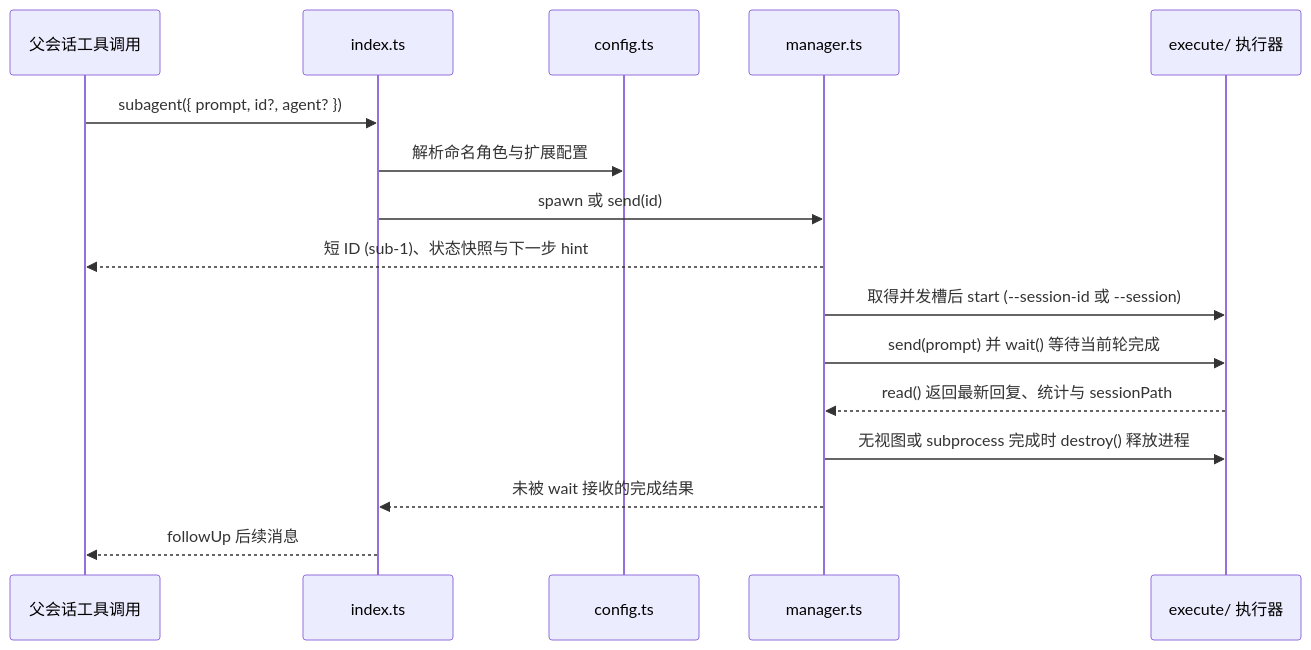
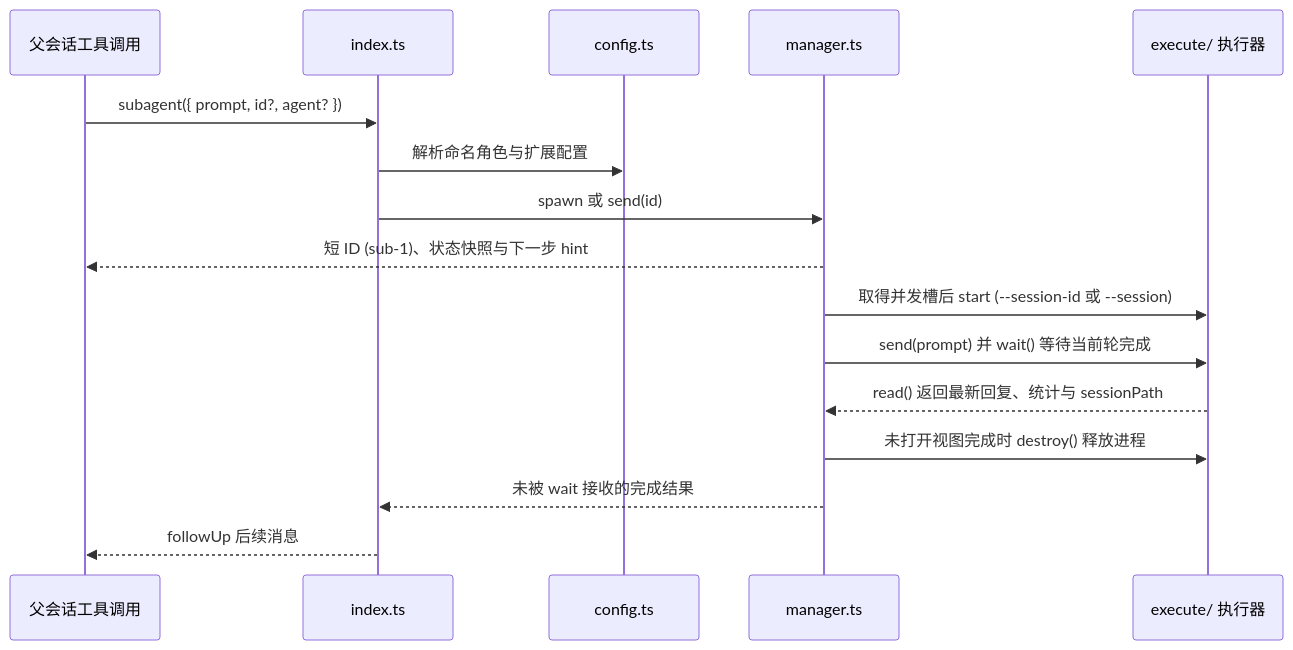
Before and after one commit to aqua2k1/pi-kits: the second of 2 diagrams in extensions/pi-subagent/docs/architecture.md, drawn with Mermaid. The commit also changed other lines of this file and 2 other files, not shown here.

Commit message:
fix(pi-subagent): release idle workers unless a view is open or opening

````diff
--- a/extensions/pi-subagent/docs/architecture.md
+++ b/extensions/pi-subagent/docs/architecture.md
@@ -37,18 +37,18 @@
 ```mermaid
 sequenceDiagram
   participant Parent as 父会话工具调用
   participant Entry as index.ts
   participant Config as config.ts
   participant Manager as manager.ts
   participant Exec as execute/ 执行器
   Parent->>Entry: subagent({ prompt, id?, agent? })
   Entry->>Config: 解析命名角色与扩展配置
   Entry->>Manager: spawn 或 send(id)
   Manager-->>Parent: 短 ID (sub-1)、状态快照与下一步 hint
   Manager->>Exec: 取得并发槽后 start (--session-id 或 --session)
   Manager->>Exec: send(prompt) 并 wait() 等待当前轮完成
   Exec-->>Manager: read() 返回最新回复、统计与 sessionPath
-  Manager->>Exec: 无视图或 subprocess 完成时 destroy() 释放进程
+  Manager->>Exec: 未打开视图完成时 destroy() 释放进程
   Manager-->>Entry: 未被 wait 接收的完成结果
   Entry-->>Parent: followUp 后续消息
 ```
````
